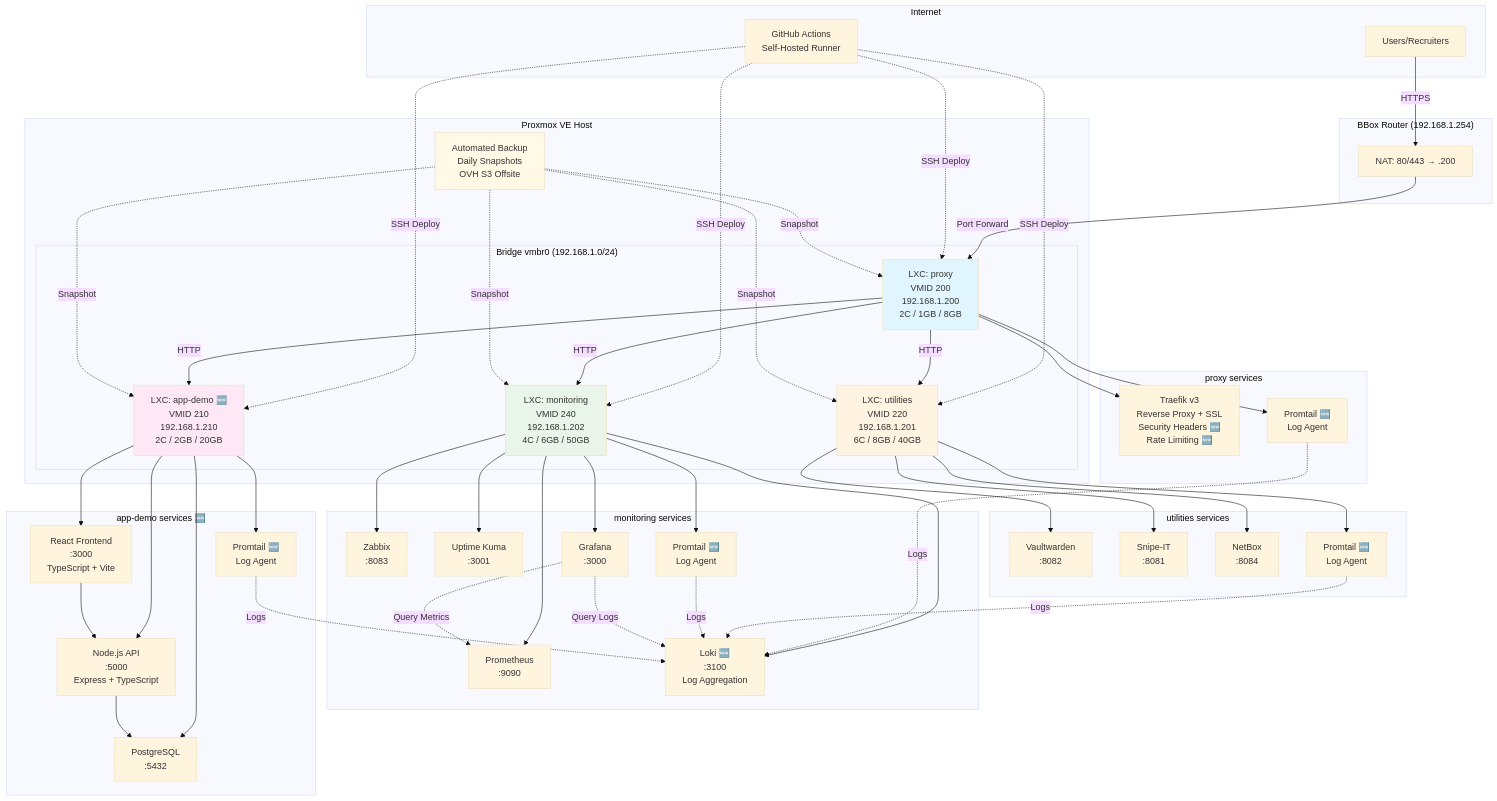
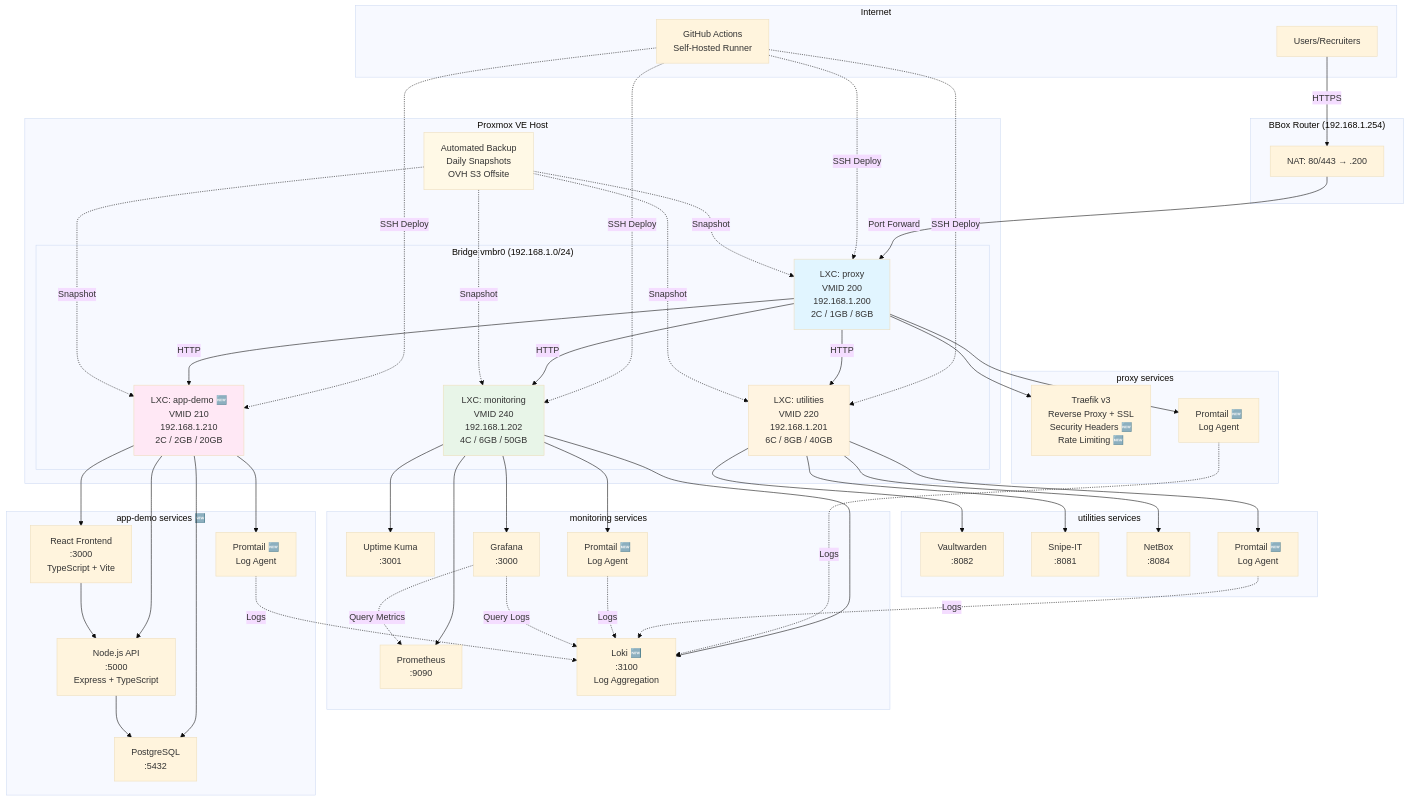
Before and after one commit to HibOOps/infra-oldevops: the third of 10 diagrams in docs/architecture/architecture-diagrams.md, drawn with Mermaid (base theme). The commit also changed other lines of this file and 39 other files, not shown here.

```diff
--- a/docs/architecture/architecture-diagrams.md
+++ b/docs/architecture/architecture-diagrams.md
@@ -206,7 +200,6 @@
     end
 
     subgraph "monitoring services"
-        Zabbix[Zabbix<br/>:8083]
         Kuma[Uptime Kuma<br/>:3001]
         Prom[Prometheus<br/>:9090]
         Graf[Grafana<br/>:3000]
@@ -227,7 +220,6 @@
     Utils --> Snipe
     Utils --> Netbox
     Utils --> Promtail2
-    Monitor --> Zabbix
     Monitor --> Kuma
     Monitor --> Prom
     Monitor --> Graf
```
